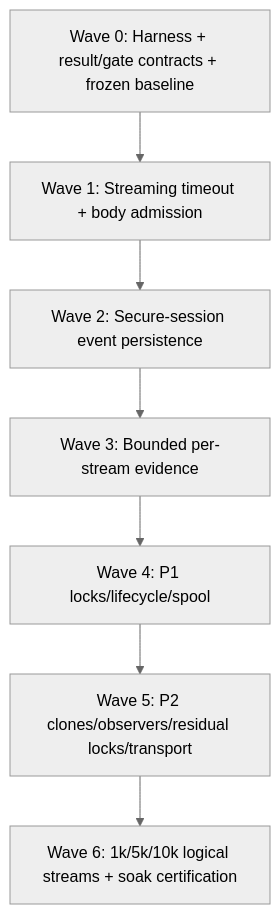
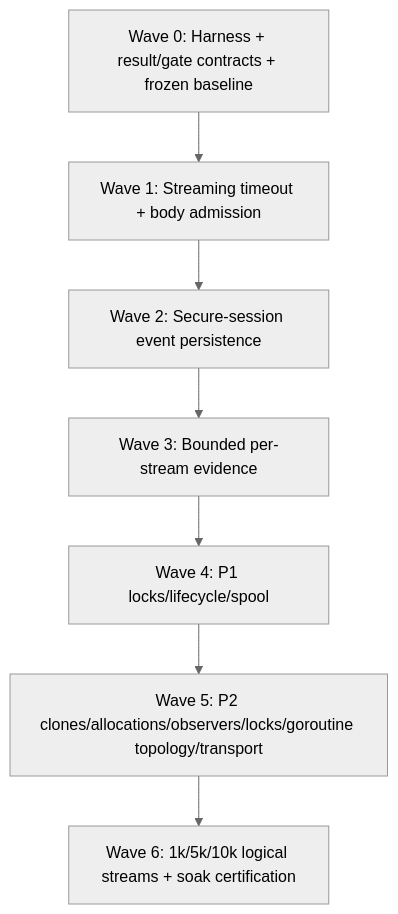
The second of 8 diagrams in .kiro/specs/high-concurrency-performance-hardening/design.md (matdev83/go-llm-interactive-proxy), drawn with Mermaid (neutral theme) before and after one commit. The commit also changed other lines of this file and 5 other files, not shown here.

````diff
--- a/.kiro/specs/high-concurrency-performance-hardening/design.md
+++ b/.kiro/specs/high-concurrency-performance-hardening/design.md
@@ -150,9 +159,9 @@
 ```mermaid
 flowchart TD
     W0[Wave 0: Harness + result/gate contracts + frozen baseline] --> W1[Wave 1: Streaming timeout + body admission]
     W1 --> W2[Wave 2: Secure-session event persistence]
     W2 --> W3[Wave 3: Bounded per-stream evidence]
     W3 --> W4[Wave 4: P1 locks/lifecycle/spool]
-    W4 --> W5[Wave 5: P2 clones/observers/residual locks/transport]
+    W4 --> W5[Wave 5: P2 clones/allocations/observers/locks/goroutine topology/transport]
     W5 --> W6[Wave 6: 1k/5k/10k logical streams + soak certification]
 ```
````
